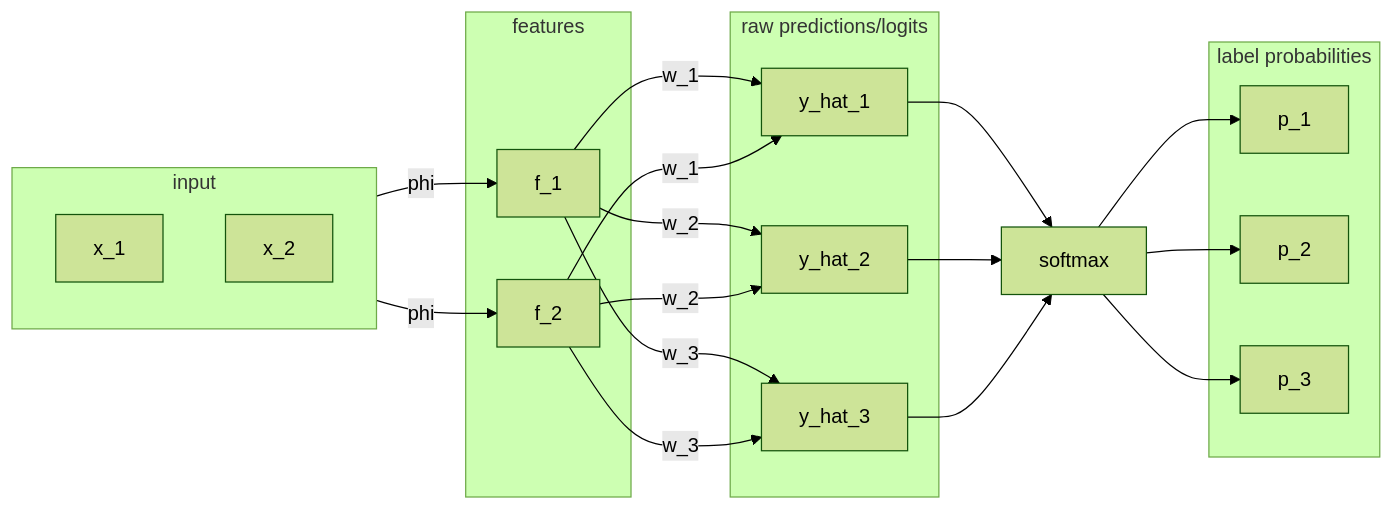
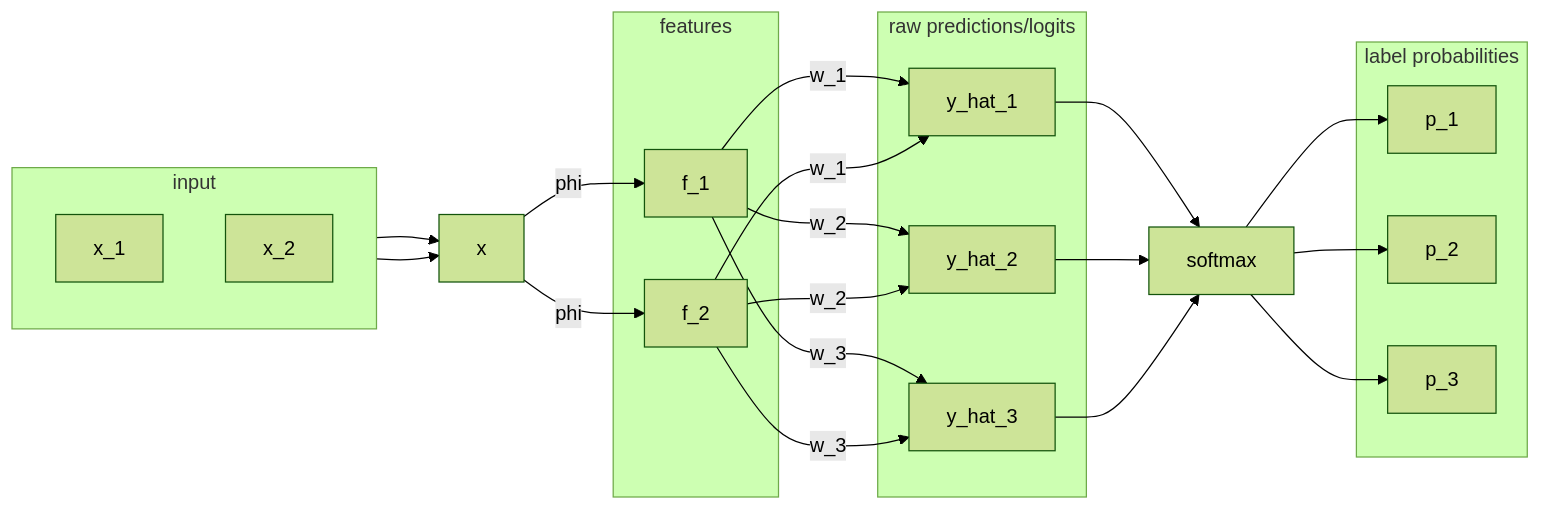
One commit to middlebury-csci-0451/CSCI-0451-s24 changed the first of 2 diagrams in lecture-notes/intro-deep.qmd. Above: the diagram before and after it, drawn with Mermaid (forest theme). The commit also changed other lines of this file and 5 other files, not shown here.

````diff
--- a/lecture-notes/intro-deep.qmd
+++ b/lecture-notes/intro-deep.qmd
@@ -128,39 +128,40 @@
 ```{mermaid}
 flowchart LR
   subgraph input
     direction TB  
     x_1 
     x_2
   end
 
   subgraph feature_map[features]
     f_1
     f_2
   end
 
   subgraph raw predictions[raw predictions/logits]
     y_hat_1
     y_hat_2 
     y_hat_3
   end
 
   subgraph label_preds[label probabilities]
     p_1
     p_2
     p_3
   end
 
-  x_1--phi-->f_1
-  x_2--phi-->f_2
+  x_1 & x_2 --> x
+
+  x --phi--> f_1 & f_2
 
   f_1 --w_1--> y_hat_1
   f_2 --w_1--> y_hat_1
   f_1 --w_2--> y_hat_2
   f_2 --w_2--> y_hat_2
   f_1 --w_3--> y_hat_3
   f_2 --w_3--> y_hat_3
 
   y_hat_1 & y_hat_2 & y_hat_3 --> softmax
 
   softmax --> p_1 & p_2 & p_3
 ```
````
